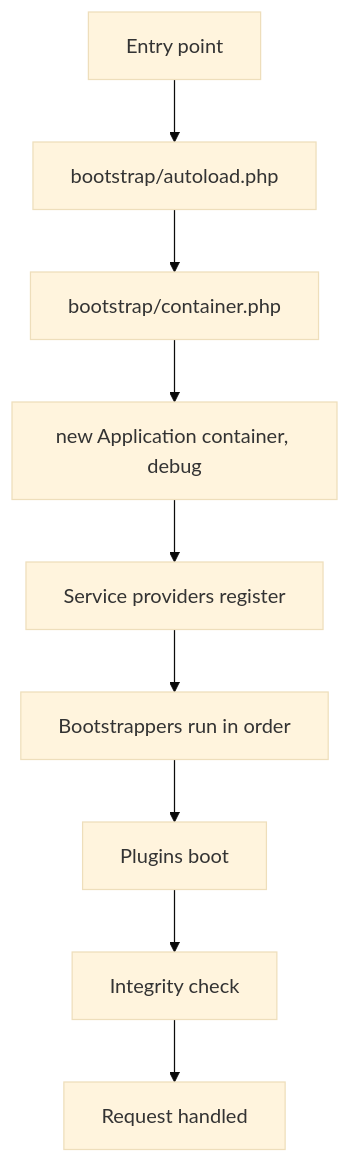
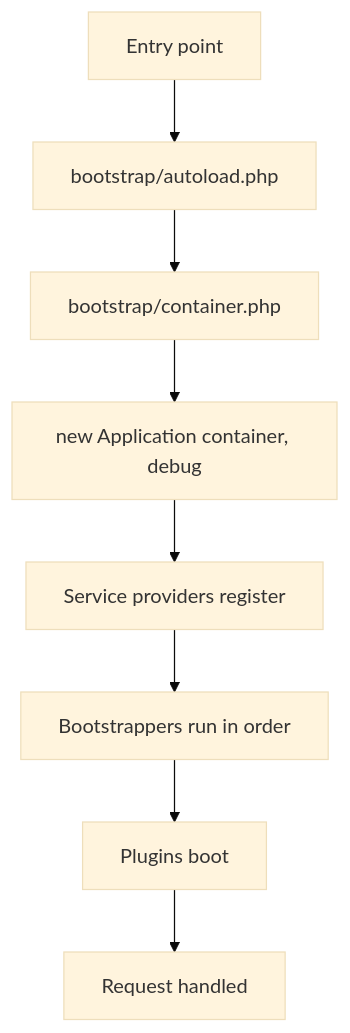
One commit to heyaikeedo/docs changed the first of 2 diagrams in development/core/bootstrap-and-lifecycle.mdx. Above: the diagram before and after it, drawn with Mermaid (base theme).

Commit message:
Update request lifecycle diagram in documentation
- Simplified the request lifecycle flowchart by removing the integrity check step, directly linking the plugin boot process to request handling.
- This change clarifies the sequence of operations during the request lifecycle.

````diff
--- a/development/core/bootstrap-and-lifecycle.mdx
+++ b/development/core/bootstrap-and-lifecycle.mdx
@@ -21,11 +21,10 @@
 ```mermaid
 flowchart TD
     A[Entry point] --> B[bootstrap/autoload.php]
     B --> C[bootstrap/container.php]
     C --> D[new Application container, debug]
     D --> E[Service providers register]
     E --> F[Bootstrappers run in order]
     F --> G[Plugins boot]
-    G --> H[Integrity check]
-    H --> I[Request handled]
+    G --> H[Request handled]
 ```
````
